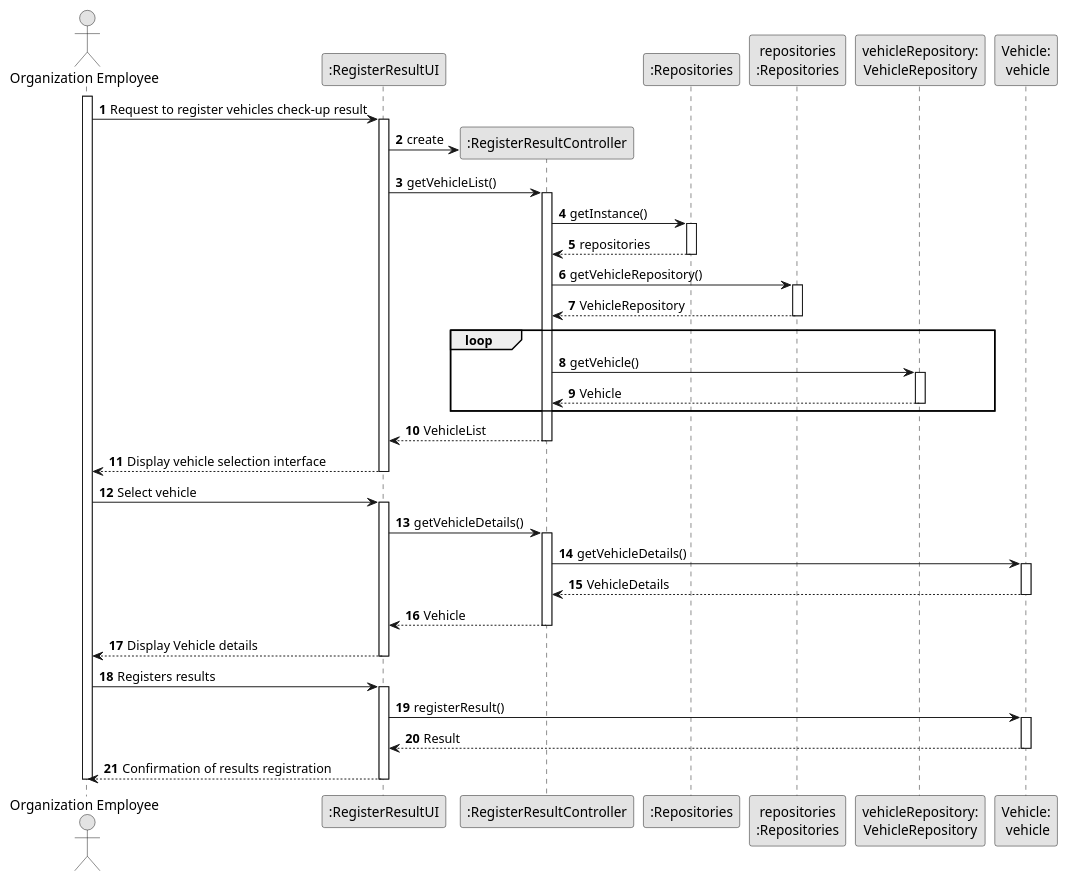
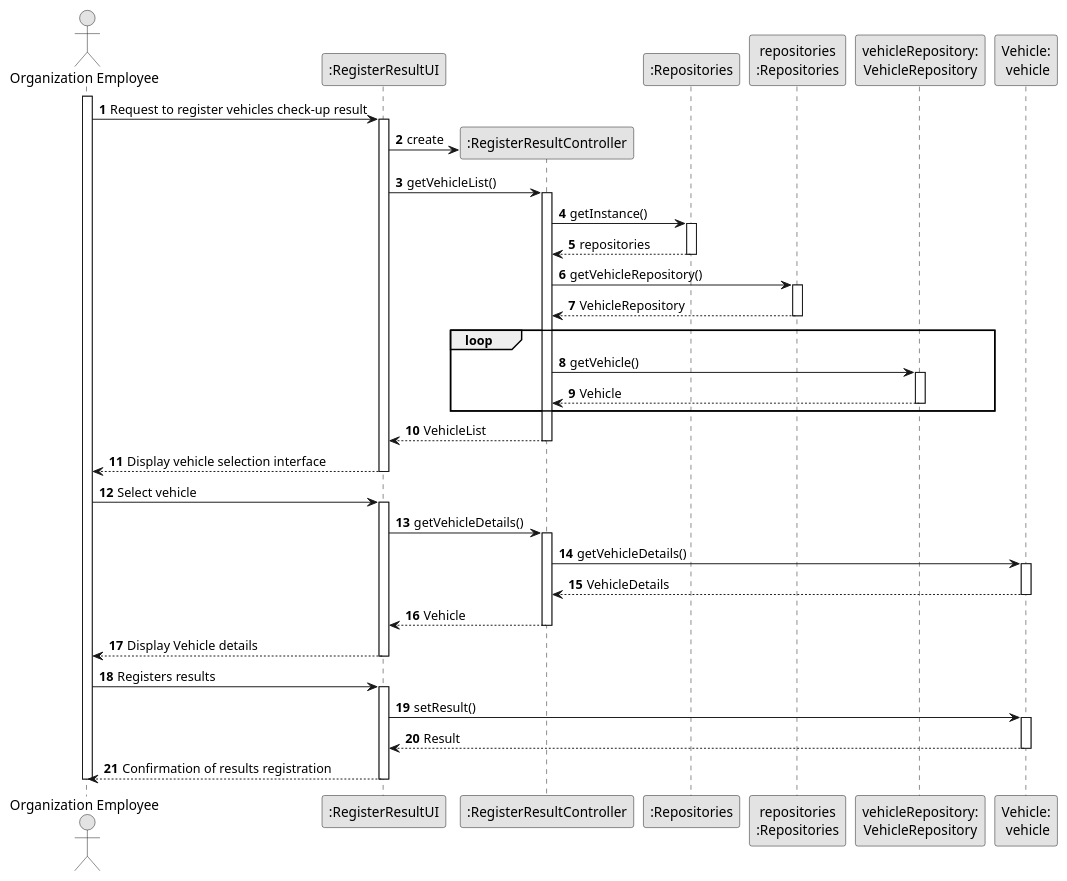
One commit to Departamento-de-Engenharia-Informatica/lei-24-s2-1df-1de-g063 changed the diagram in docs/sprint B/us007/03.design/puml/us007-sequence-diagram-full.puml. Above: the diagram before and after it, drawn with PlantUML.

Commit message:
correção gramatical us7

```diff
--- a/docs/sprint B/us007/03.design/puml/us007-sequence-diagram-full.puml
+++ b/docs/sprint B/us007/03.design/puml/us007-sequence-diagram-full.puml
@@ -1,84 +1,84 @@
 @startuml
 skinparam monochrome true
 skinparam packageStyle rectangle
 skinparam shadowing false
 
 autonumber
 
 'hide footbox
 actor "Organization Employee" as ADM
 participant ":RegisterResultUI" as UI
 participant ":RegisterResultController" as CTRL
 participant ":Repositories" as RepositorySingleton
 participant "repositories\n:Repositories" as PLAT
 participant "vehicleRepository:\nVehicleRepository" as VehicleRepository
 participant "Vehicle:\n vehicle" as Vehicle
 activate ADM
 
         ADM -> UI : Request to register vehicles check-up result
 
         activate UI
 
             UI -> CTRL** : create
 
             UI -> CTRL : getVehicleList()
             activate CTRL
 
                 CTRL -> RepositorySingleton : getInstance()
                 activate RepositorySingleton
 
                     RepositorySingleton --> CTRL: repositories
                 deactivate RepositorySingleton
 
                 CTRL -> PLAT : getVehicleRepository()
                 activate PLAT
 
                     PLAT --> CTRL: VehicleRepository
                 deactivate PLAT
                 loop
                     CTRL -> VehicleRepository : getVehicle()
                     activate VehicleRepository
 
                         VehicleRepository --> CTRL : Vehicle
                     deactivate VehicleRepository
                 end
 
                 CTRL --> UI : VehicleList
             deactivate CTRL
 
             UI --> ADM : Display vehicle selection interface
         deactivate UI
 
     ADM -> UI : Select vehicle
     activate UI
 
         UI -> CTRL : getVehicleDetails()
         activate CTRL
 
             CTRL -> Vehicle : getVehicleDetails()
             activate Vehicle
 
                 Vehicle --> CTRL : VehicleDetails
             deactivate Vehicle
 
         CTRL --> UI : Vehicle
         deactivate CTRL
         UI --> ADM : Display Vehicle details
     deactivate UI
 
     ADM -> UI : Registers results
     activate UI
 
-        UI -> Vehicle : registerResult()
+        UI -> Vehicle : setResult()
         activate Vehicle
 
         Vehicle --> UI : Result
         deactivate Vehicle
         UI --> ADM : Confirmation of results registration
     deactivate UI
 
 
 
 deactivate ADM
 
 @enduml
```
